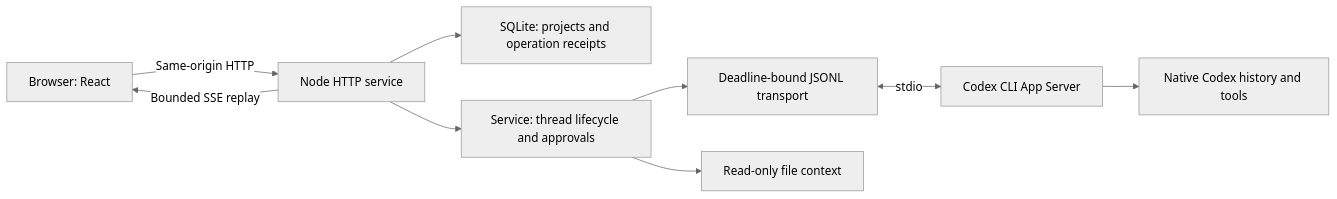
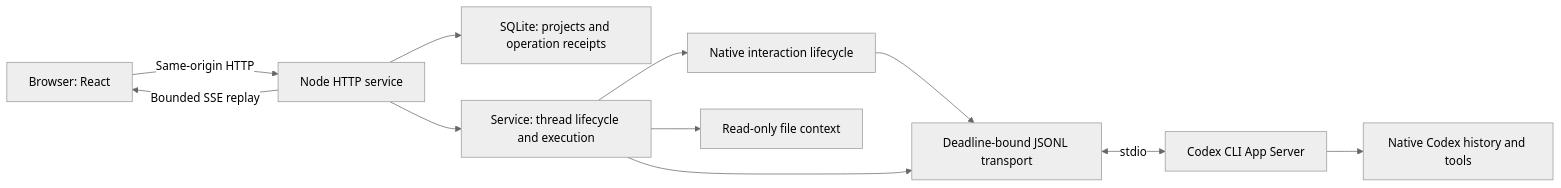
One commit to Billy775326/Codes changed the diagram in docs/architecture.md. Above: the diagram before and after it, drawn with Mermaid (neutral theme). The commit also changed other lines of this file and 5 other files, not shown here.

````diff
--- a/docs/architecture.md
+++ b/docs/architecture.md
@@ -14,11 +14,13 @@
 ```mermaid
 flowchart LR
     B[Browser: React] -->|Same-origin HTTP| H[Node HTTP service]
     H -->|Bounded SSE replay| B
     H --> O[SQLite: projects and operation receipts]
-    H --> S[Service: thread lifecycle and approvals]
-    S --> R[Deadline-bound JSONL transport]
+    H --> S[Service: thread lifecycle and execution]
+    S --> I[Native interaction lifecycle]
+    I --> R[Deadline-bound JSONL transport]
+    S --> R
     R <-->|stdio| C[Codex CLI App Server]
     C --> N[Native Codex history and tools]
     S --> F[Read-only file context]
 ```
````
